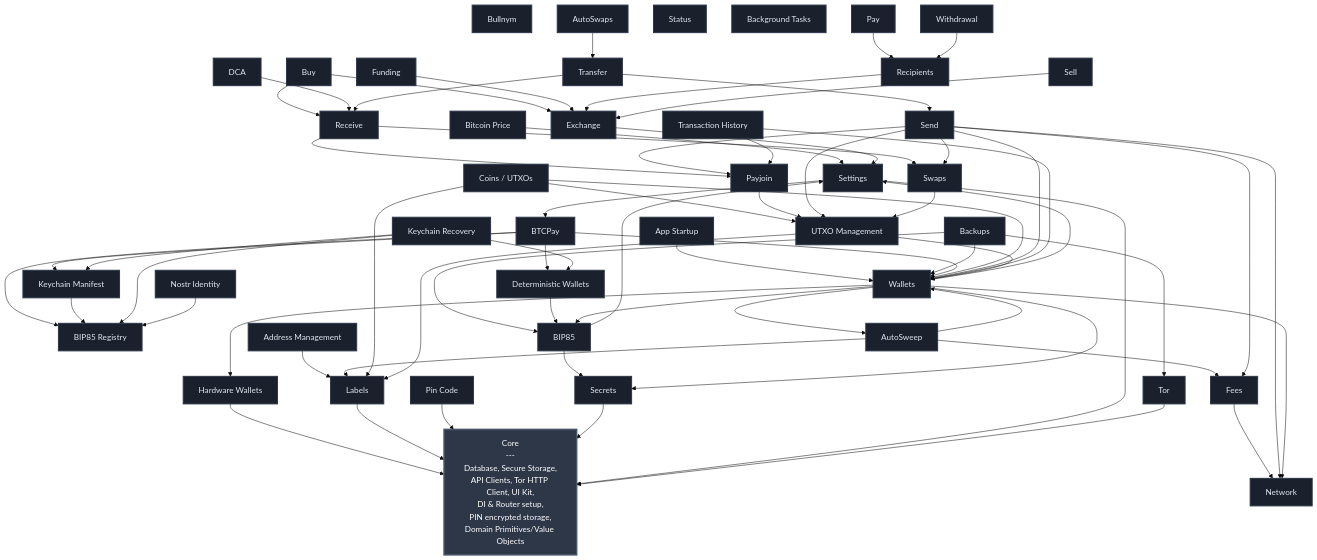
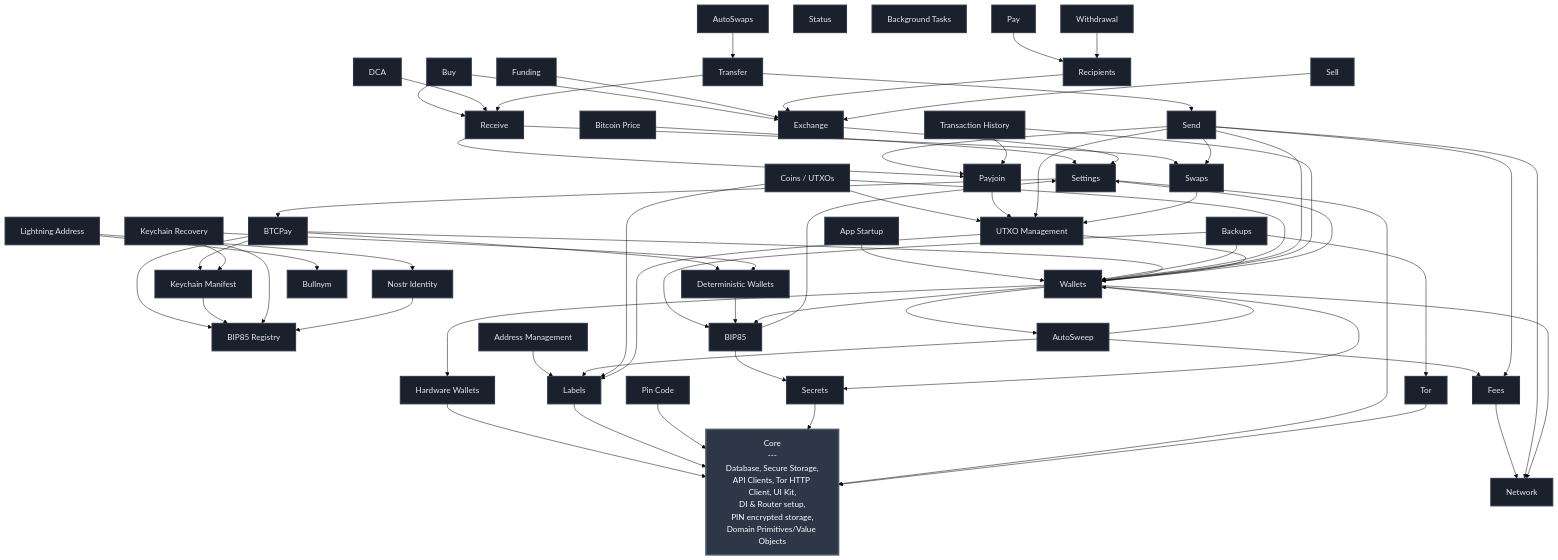
One commit to BullishNode/bullbitcoin-mobile changed the diagram in FEATURES.md. Above: the diagram before and after it, drawn with Mermaid (base theme). The commit also changed 9 other files, not shown here.

Commit message:
feat(lightning_address): add registration foundation

````diff
--- a/FEATURES.md
+++ b/FEATURES.md
@@ -26,6 +26,7 @@
     KEYCHAIN_RECOVERY[Keychain Recovery]
     NOSTR_IDENTITY[Nostr Identity]
     BULLNYM[Bullnym]
+    LIGHTNING_ADDRESS[Lightning Address]
     NETWORK[Network]
     BIP85[BIP85]
     FEES[Fees]
@@ -80,6 +81,8 @@
     KEYCHAIN_RECOVERY --> DETERMINISTIC_WALLETS
     KEYCHAIN_RECOVERY --> KEYCHAIN_MANIFEST
     NOSTR_IDENTITY --> BIP85_REGISTRY
+    LIGHTNING_ADDRESS --> BULLNYM
+    LIGHTNING_ADDRESS --> NOSTR_IDENTITY
     BUY --> EXCHANGE
     BUY --> RECEIVE
     COINS --> UTXO_MGMT
@@ -134,4 +137,5 @@
     class SETTINGS,TOR,PIN_CODE,LABELS,SECRETS,HW_WALLETS,BTC_PRICE,BTCPAY,BIP85_REGISTRY,DETERMINISTIC_WALLETS,KEYCHAIN_MANIFEST,KEYCHAIN_RECOVERY,NETWORK,BIP85,FEES,WALLETS,EXCHANGE,APP_STARTUP,UTXO_MGMT,ADDRESS_MGMT,RECIPIENTS,FUNDING,BACKUPS,SWAPS,PAYJOIN,WITHDRAWAL,STATUS,SEND,RECEIVE,TRANSFER,TX_HISTORY,BG_TASKS,AUTOSWAPS,AUTOSWEEP,DCA,SELL,PAY,BUY featureStyle
     class SETTINGS,TOR,PIN_CODE,LABELS,SECRETS,HW_WALLETS,BTC_PRICE,BTCPAY,BIP85_REGISTRY,DETERMINISTIC_WALLETS,KEYCHAIN_MANIFEST,KEYCHAIN_RECOVERY,NOSTR_IDENTITY,NETWORK,BIP85,FEES,WALLETS,EXCHANGE,APP_STARTUP,UTXO_MGMT,ADDRESS_MGMT,RECIPIENTS,FUNDING,BACKUPS,SWAPS,PAYJOIN,WITHDRAWAL,STATUS,SEND,RECEIVE,TRANSFER,TX_HISTORY,BG_TASKS,AUTOSWAPS,AUTOSWEEP,DCA,SELL,PAY,BUY featureStyle
     class SETTINGS,TOR,PIN_CODE,LABELS,SECRETS,HW_WALLETS,BTC_PRICE,BTCPAY,BIP85_REGISTRY,DETERMINISTIC_WALLETS,KEYCHAIN_MANIFEST,KEYCHAIN_RECOVERY,NOSTR_IDENTITY,BULLNYM,NETWORK,BIP85,FEES,WALLETS,EXCHANGE,APP_STARTUP,UTXO_MGMT,ADDRESS_MGMT,RECIPIENTS,FUNDING,BACKUPS,SWAPS,PAYJOIN,WITHDRAWAL,STATUS,SEND,RECEIVE,TRANSFER,TX_HISTORY,BG_TASKS,AUTOSWAPS,AUTOSWEEP,DCA,SELL,PAY,BUY featureStyle
+    class SETTINGS,TOR,PIN_CODE,LABELS,SECRETS,HW_WALLETS,BTC_PRICE,BTCPAY,BIP85_REGISTRY,DETERMINISTIC_WALLETS,KEYCHAIN_MANIFEST,KEYCHAIN_RECOVERY,NOSTR_IDENTITY,BULLNYM,LIGHTNING_ADDRESS,NETWORK,BIP85,FEES,WALLETS,EXCHANGE,APP_STARTUP,UTXO_MGMT,ADDRESS_MGMT,RECIPIENTS,FUNDING,BACKUPS,SWAPS,PAYJOIN,WITHDRAWAL,STATUS,SEND,RECEIVE,TRANSFER,TX_HISTORY,BG_TASKS,AUTOSWAPS,AUTOSWEEP,DCA,SELL,PAY,BUY featureStyle
 ```
````
